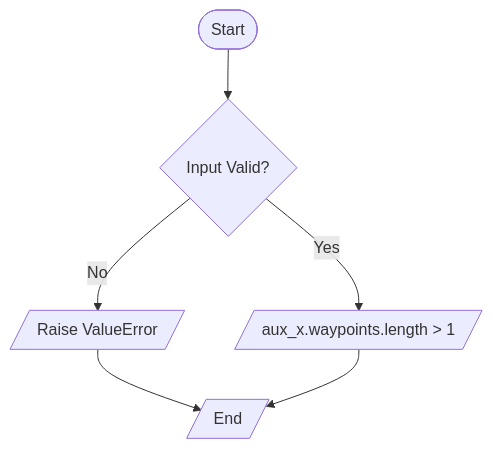
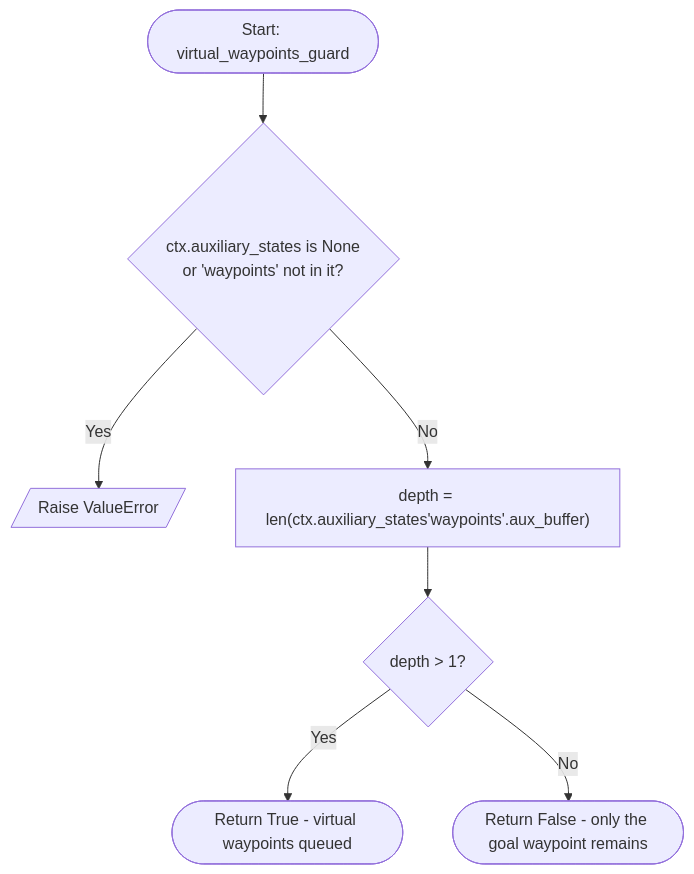
One commit to rymc-dev/colav-automaton changed the diagram in docs/guards/virtual_waypoints_guard.mmd. Above: the diagram before and after it, drawn with Mermaid. The commit also changed 51 other files, not shown here.

```diff
--- a/docs/guards/virtual_waypoints_guard.mmd
+++ b/docs/guards/virtual_waypoints_guard.mmd
@@ -1,6 +1,7 @@
 flowchart TD
-    A([Start]) --> B{Input Valid?}
-    B -->|Yes| C[/aux_x.waypoints.length > 1/]
-    B -->|No| D[/Raise ValueError/]
-    D --> E
-    C --> E[/End/]
+    A([Start: virtual_waypoints_guard]) --> B{"ctx.auxiliary_states is None<br/>or 'waypoints' not in it?"}
+    B -->|Yes| Z[/Raise ValueError/]
+    B -->|No| C["depth = len(ctx.auxiliary_states'waypoints'.aux_buffer)"]
+    C --> D{depth > 1?}
+    D -->|Yes| E([Return True - virtual waypoints queued])
+    D -->|No| F([Return False - only the goal waypoint remains])
```
